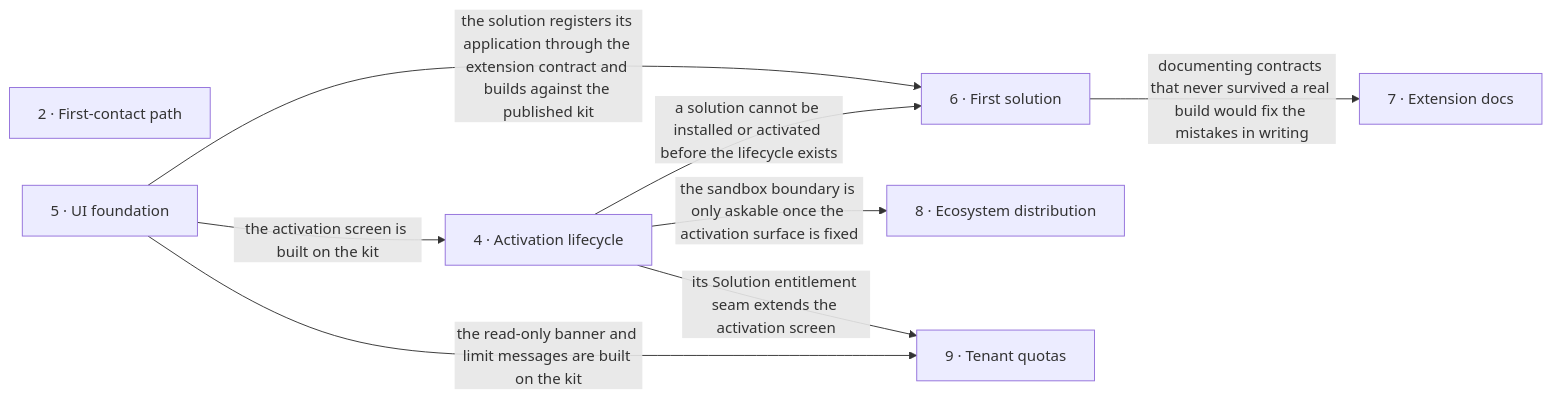
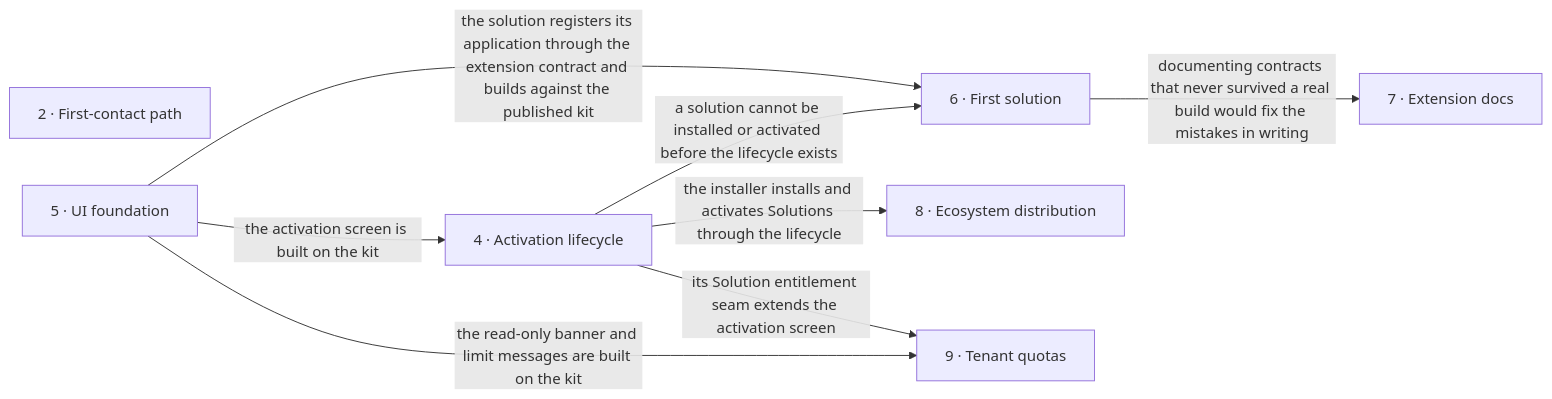
The diagram in docs/roadmap.md (fapost-lab/core), drawn with Mermaid before and after one commit. The commit also changed other lines of this file and 4 other files, not shown here.

````diff
--- a/docs/roadmap.md
+++ b/docs/roadmap.md
@@ -100,17 +98,17 @@
 ```mermaid
 flowchart LR
   s2["2 · First-contact path"]
   s4["4 · Activation lifecycle"]
   s5["5 · UI foundation"]
   s6["6 · First solution"]
   s7["7 · Extension docs"]
   s8["8 · Ecosystem distribution"]
   s9["9 · Tenant quotas"]
   s4 -->|"a solution cannot be installed or activated before the lifecycle exists"| s6
   s5 -->|"the solution registers its application through the extension contract and builds against the published kit"| s6
   s5 -->|"the activation screen is built on the kit"| s4
   s5 -->|"the read-only banner and limit messages are built on the kit"| s9
   s6 -->|"documenting contracts that never survived a real build would fix the mistakes in writing"| s7
-  s4 -->|"the sandbox boundary is only askable once the activation surface is fixed"| s8
+  s4 -->|"the installer installs and activates Solutions through the lifecycle"| s8
   s4 -->|"its Solution entitlement seam extends the activation screen"| s9
 ```
````
